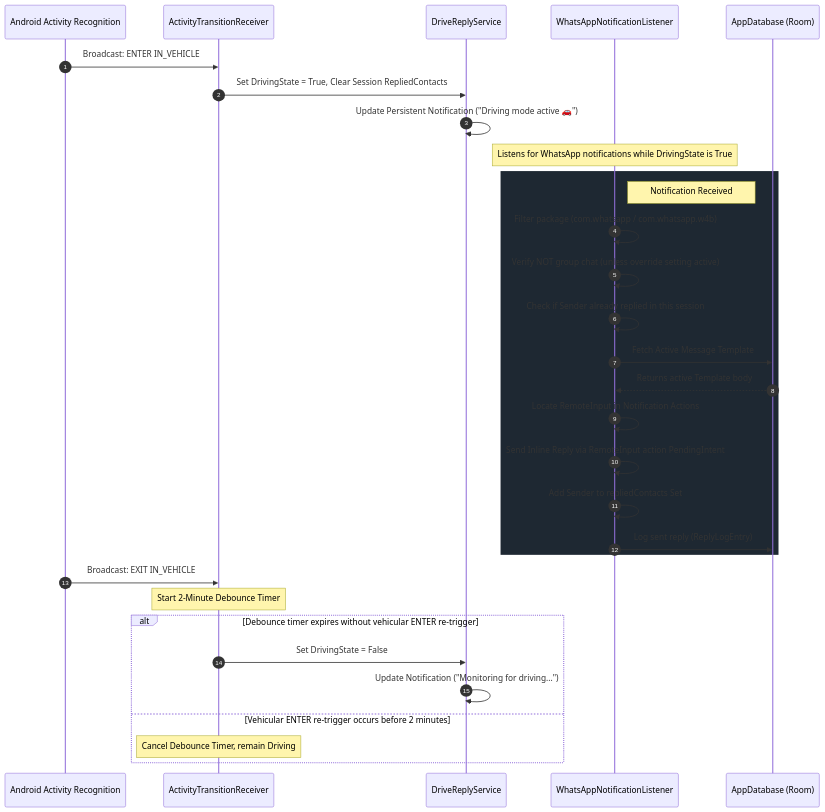
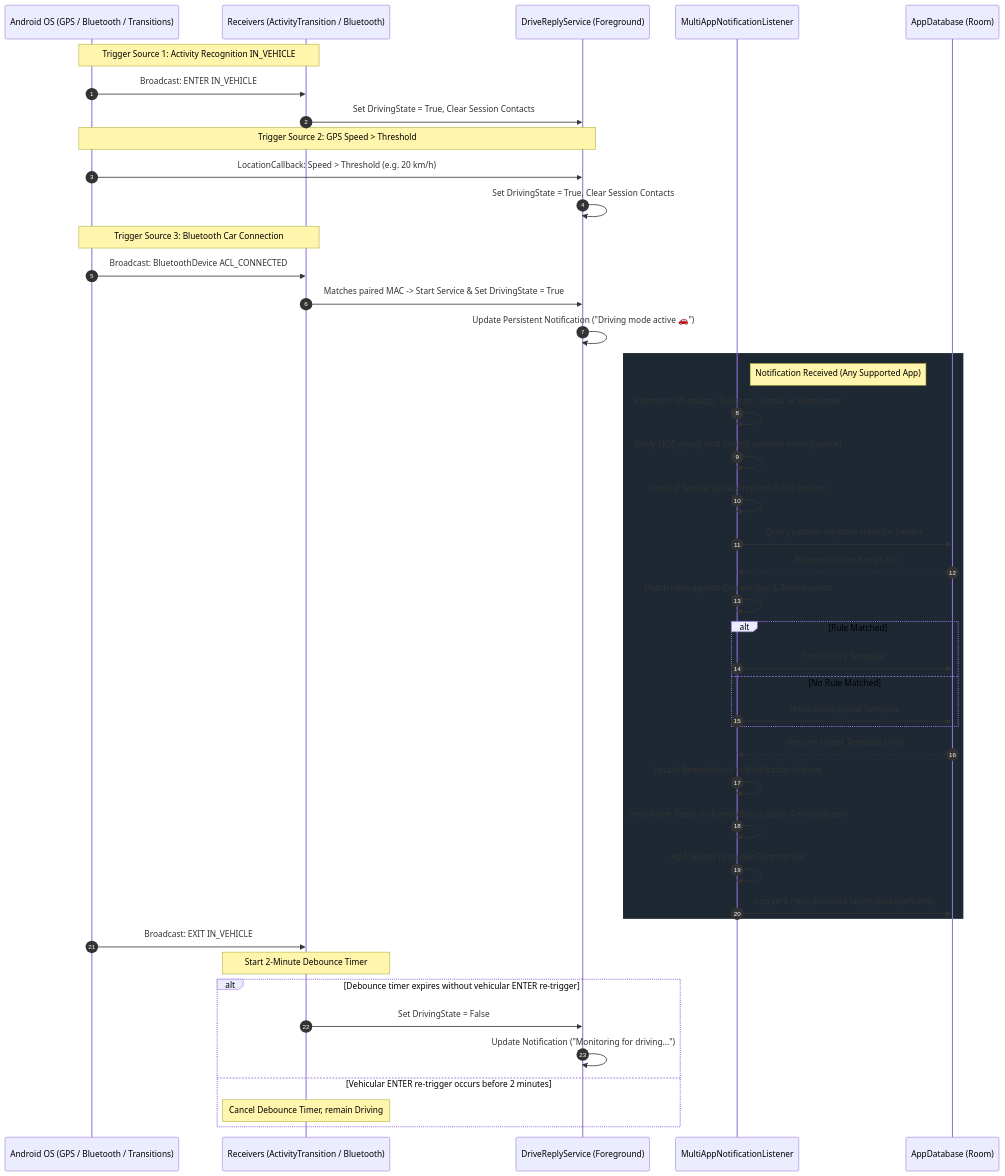
One commit to richiesamlie/DriveReply changed the diagram in docs/ARCHITECTURE.md. Above: the diagram before and after it, drawn with Mermaid. The commit also changed other lines of this file and 22 other files, not shown here.

First line of the commit message:
feat: implement DriveReply roadmap phases 1-4

````diff
--- a/docs/ARCHITECTURE.md
+++ b/docs/ARCHITECTURE.md
@@ -11,36 +11,52 @@
 ```mermaid
 sequenceDiagram
     autonumber
-    participant Sensor as Android Activity Recognition
-    participant Recv as ActivityTransitionReceiver
-    participant Service as DriveReplyService
-    participant listener as WhatsAppNotificationListener
+    participant Sensors as Android OS (GPS / Bluetooth / Transitions)
+    participant Recv as Receivers (ActivityTransition / Bluetooth)
+    participant Service as DriveReplyService (Foreground)
+    participant listener as MultiAppNotificationListener
     participant DB as AppDatabase (Room)
 
-    Sensor->>Recv: Broadcast: ENTER IN_VEHICLE
-    Recv->>Service: Set DrivingState = True, Clear Session RepliedContacts
+    Note over Sensors, Recv: Trigger Source 1: Activity Recognition IN_VEHICLE
+    Sensors->>Recv: Broadcast: ENTER IN_VEHICLE
+    Recv->>Service: Set DrivingState = True, Clear Session Contacts
+
+    Note over Sensors, Service: Trigger Source 2: GPS Speed > Threshold
+    Sensors->>Service: LocationCallback: Speed > Threshold (e.g. 20 km/h)
+    Service->>Service: Set DrivingState = True, Clear Session Contacts
+
+    Note over Sensors, Recv: Trigger Source 3: Bluetooth Car Connection
+    Sensors->>Recv: Broadcast: BluetoothDevice ACL_CONNECTED
+    Recv->>Service: Matches paired MAC -> Start Service & Set DrivingState = True
+
     Service->>Service: Update Persistent Notification ("Driving mode active 🚗")
-    Note over listener: Listens for WhatsApp notifications while DrivingState is True
     
     rect rgb(30, 40, 50)
-        Note right of listener: Notification Received
-        listener->>listener: Filter package (com.whatsapp / com.whatsapp.w4b)
+        Note right of listener: Notification Received (Any Supported App)
+        listener->>listener: Intercept: WhatsApp, Telegram, Signal, or Messenger
         listener->>listener: Verify NOT group chat (unless override setting active)
         listener->>listener: Check if Sender already replied in this session
-        listener->>DB: Fetch Active Message Template
-        DB-->>listener: Returns active Template body
+        listener->>DB: Query custom template rules for Sender
+        DB-->>listener: Returns matched rules list
+        listener->>listener: Match rules against Current Day & Time bounds
+        alt Rule Matched
+            listener->>DB: Fetch rule's Template
+        else No Rule Matched
+            listener->>DB: Fetch active global Template
+        end
+        DB-->>listener: Returns target Template body
         listener->>listener: Locate RemoteInput in Notification Actions
         listener->>listener: Send Inline Reply via RemoteInput action PendingIntent
         listener->>listener: Add Sender to repliedContacts Set
-        listener->>DB: Log sent reply (ReplyLogEntry)
+        listener->>DB: Log sent reply (includes target packageName)
     end
 
-    Sensor->>Recv: Broadcast: EXIT IN_VEHICLE
+    Sensors->>Recv: Broadcast: EXIT IN_VEHICLE
     Note over Recv: Start 2-Minute Debounce Timer
     alt Debounce timer expires without vehicular ENTER re-trigger
         Recv->>Service: Set DrivingState = False
         Service->>Service: Update Notification ("Monitoring for driving...")
     else Vehicular ENTER re-trigger occurs before 2 minutes
         Note over Recv: Cancel Debounce Timer, remain Driving
     end
 ```
````
